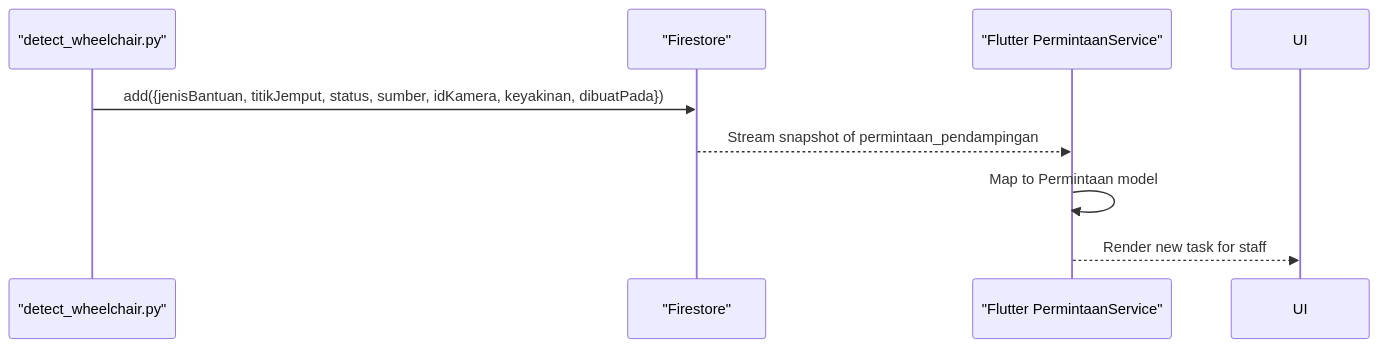
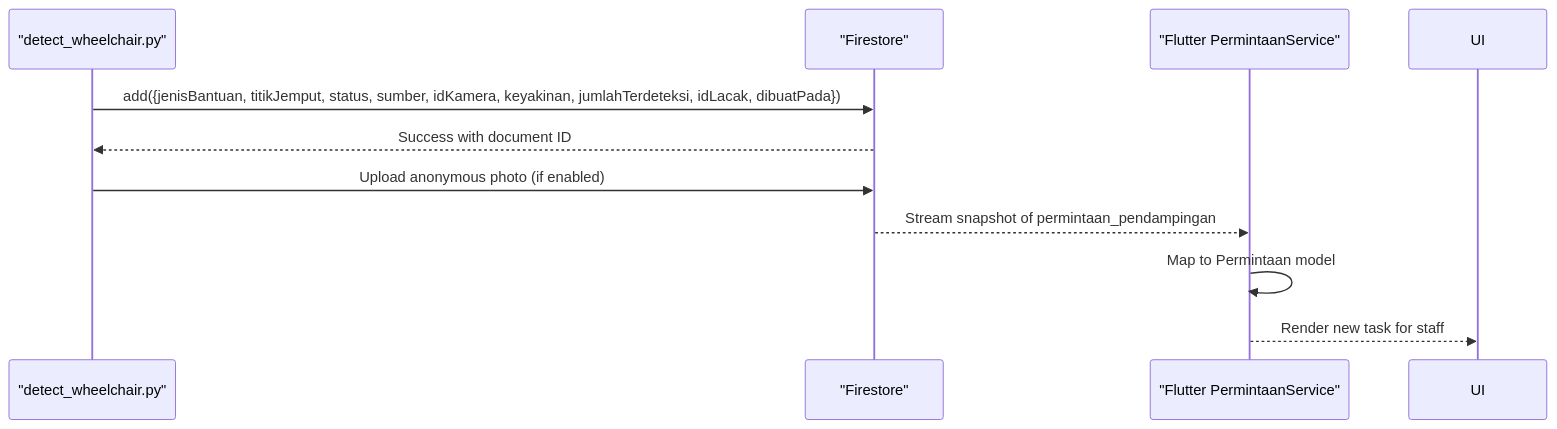
Before and after one commit to rdsarjito/whoosh-ramah: the fifth of 9 diagrams in .qoder/repowiki/en/content/AI Detection System/AI Detection System.md, drawn with Mermaid. The commit also changed other lines of this file and 68 other files, not shown here.

````diff
--- a/.qoder/repowiki/en/content/AI Detection System/AI Detection System.md
+++ b/.qoder/repowiki/en/content/AI Detection System/AI Detection System.md
@@ -245,10 +282,12 @@
 ```mermaid
 sequenceDiagram
 participant Det as "detect_wheelchair.py"
 participant FB as "Firestore"
 participant App as "Flutter PermintaanService"
-Det->>FB : add({jenisBantuan, titikJemput, status, sumber, idKamera, keyakinan, dibuatPada})
+Det->>FB : add({jenisBantuan, titikJemput, status, sumber, idKamera, keyakinan, jumlahTerdeteksi, idLacak, dibuatPada})
+FB-->>Det : Success with document ID
+Det->>FB : Upload anonymous photo (if enabled)
 FB-->>App : Stream snapshot of permintaan_pendampingan
 App->>App : Map to Permintaan model
 App-->>UI : Render new task for staff
 ```
````
